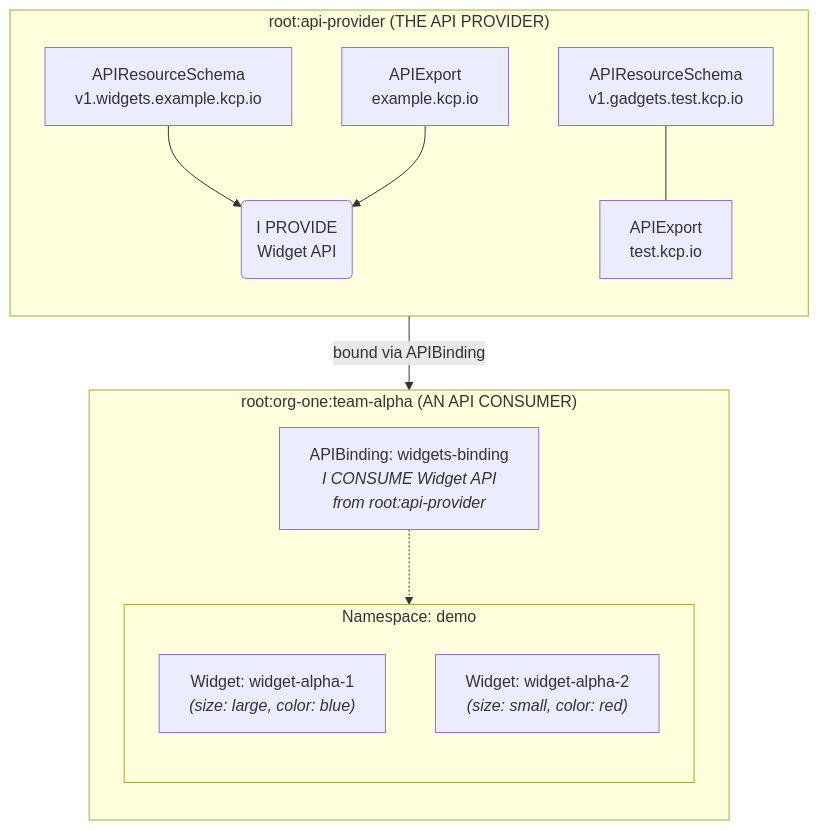
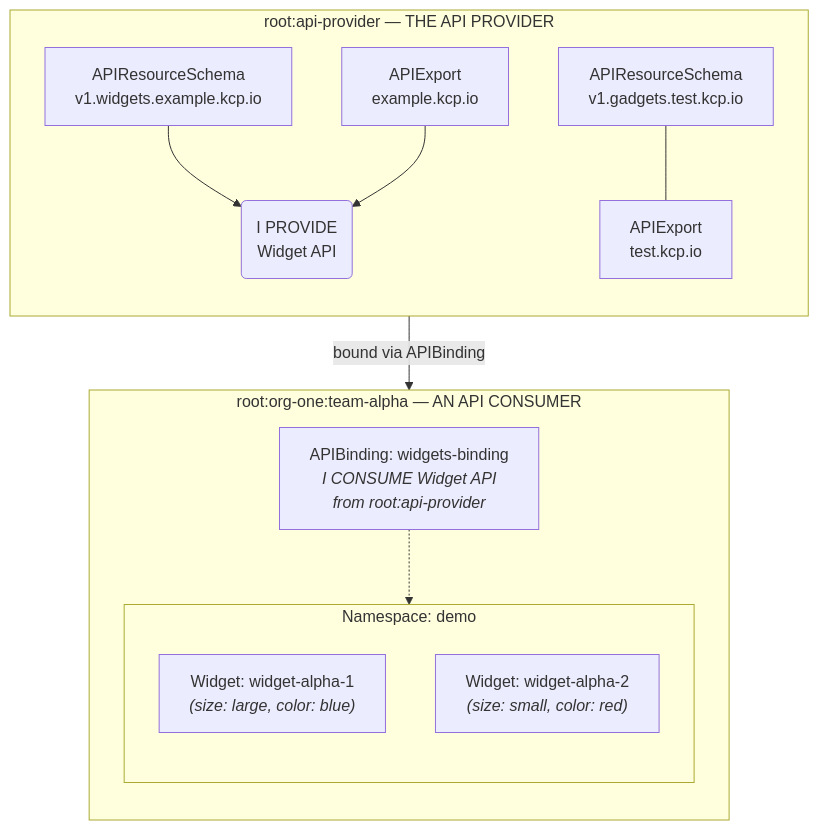
Before and after one commit to pteich/kcplens: the diagram in README.md, drawn with Mermaid.

````diff
--- a/README.md
+++ b/README.md
@@ -147,32 +147,32 @@
 ```mermaid
 graph TD
-    subgraph Provider["root:api-provider #40;THE API PROVIDER#41;"]
+    subgraph Provider["root:api-provider — THE API PROVIDER"]
         direction TB
         ARS_W["APIResourceSchema<br/>v1.widgets.example.kcp.io"]
         AE_W["APIExport<br/>example.kcp.io"]
         ARS_G["APIResourceSchema<br/>v1.gadgets.test.kcp.io"]
         AE_G["APIExport<br/>test.kcp.io"]
         
         ProvideWidget("I PROVIDE<br/>Widget API")
         
         ARS_W --> ProvideWidget
         AE_W --> ProvideWidget
         
         ARS_G --- AE_G
     end
 
-    subgraph Consumer["root:org-one:team-alpha #40;AN API CONSUMER#41;"]
+    subgraph Consumer["root:org-one:team-alpha — AN API CONSUMER"]
         direction TB
         Binding["APIBinding: widgets-binding<br/><i>I CONSUME Widget API<br/>from root:api-provider</i>"]
         
         subgraph NS["Namespace: demo"]
             direction TB
             W1["Widget: widget-alpha-1<br/><i>(size: large, color: blue)</i>"]
             W2["Widget: widget-alpha-2<br/><i>(size: small, color: red)</i>"]
         end
         
         Binding -.-> NS
     end
 
     ProvideWidget -- "bound via APIBinding" --> Binding
 ```
````
